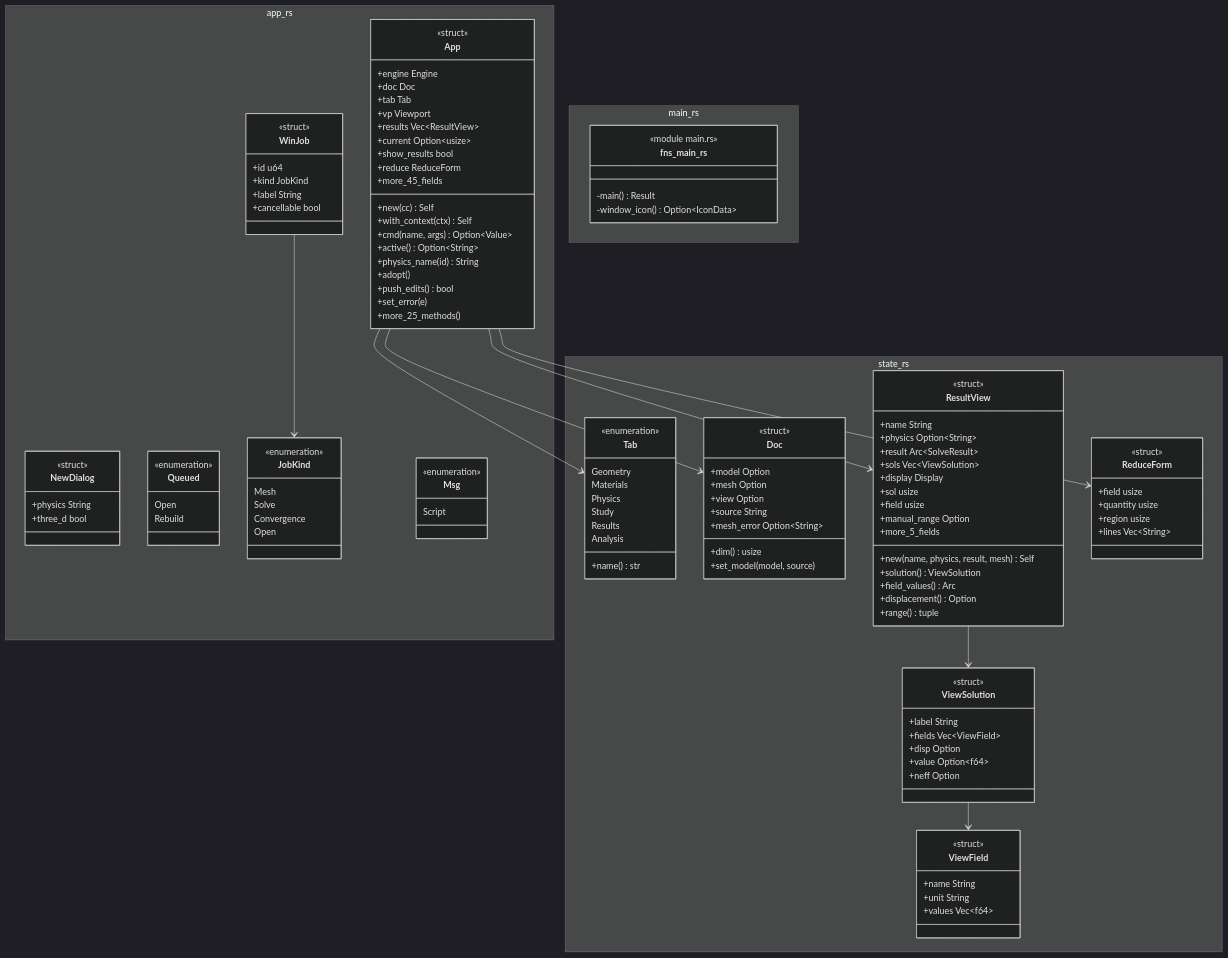
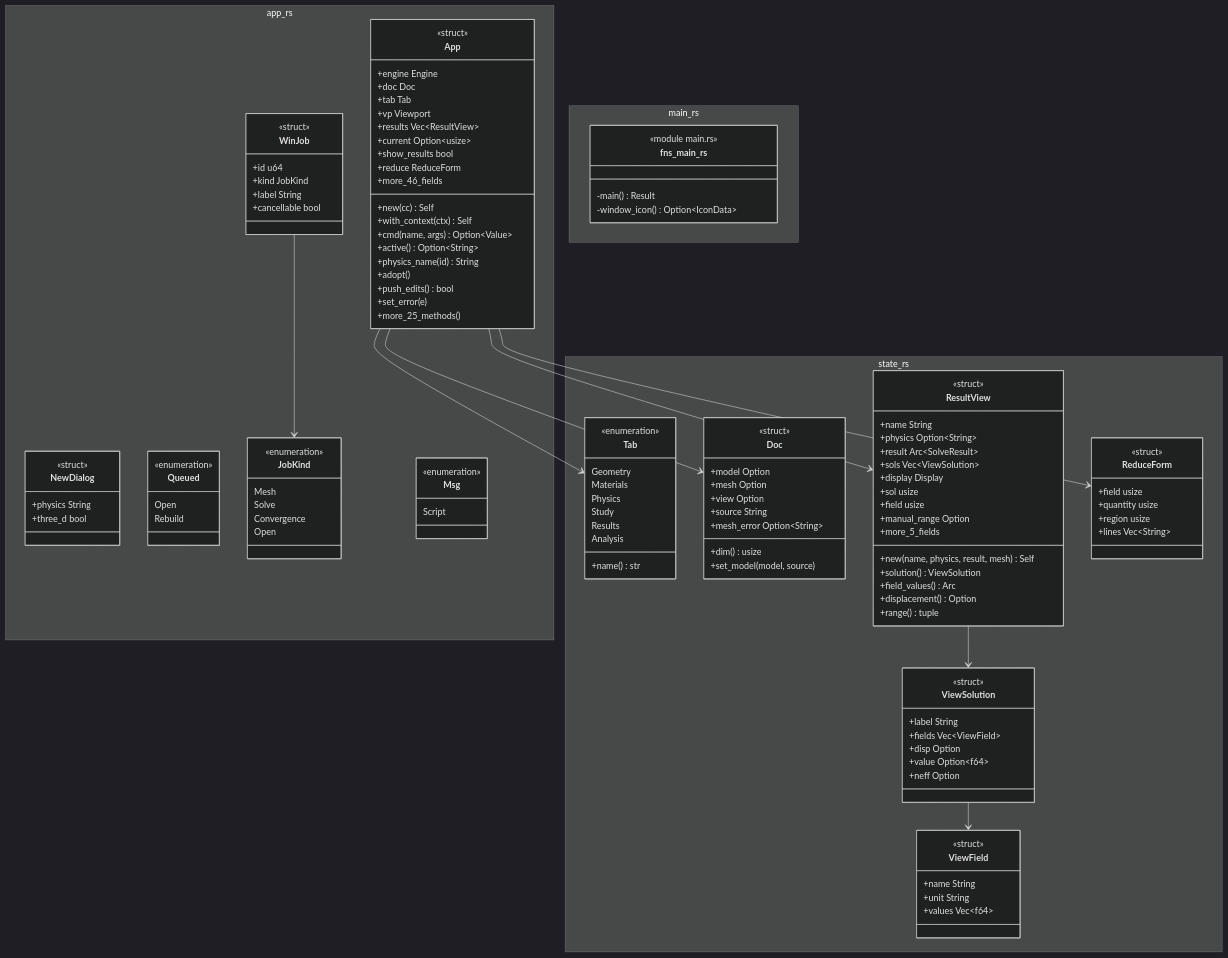
One commit to p-j-r/nyx changed the diagram in docs/architecture/c4/4-code/app/window.md. Above: the diagram before and after it, drawn with Mermaid (dark theme). The commit also changed other lines of this file and 55 other files, not shown here.

```diff
--- a/docs/architecture/c4/4-code/app/window.md
+++ b/docs/architecture/c4/4-code/app/window.md
@@ -80,7 +80,7 @@
         +current Option~usize~
         +show_results bool
         +reduce ReduceForm
-        +more_45_fields
+        +more_46_fields
         +new(cc) Self
         +with_context(ctx) Self
         +cmd(name, args) Option~Value~
```
